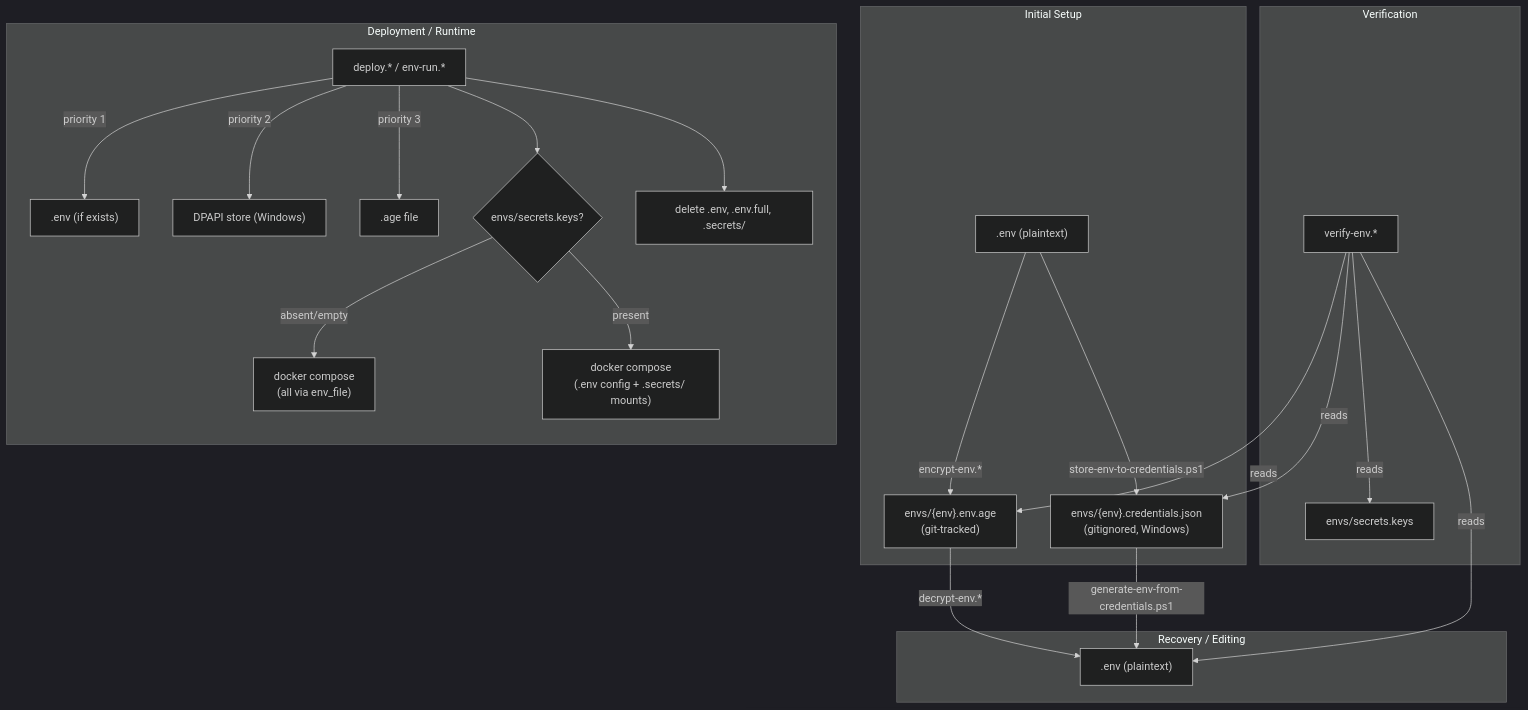
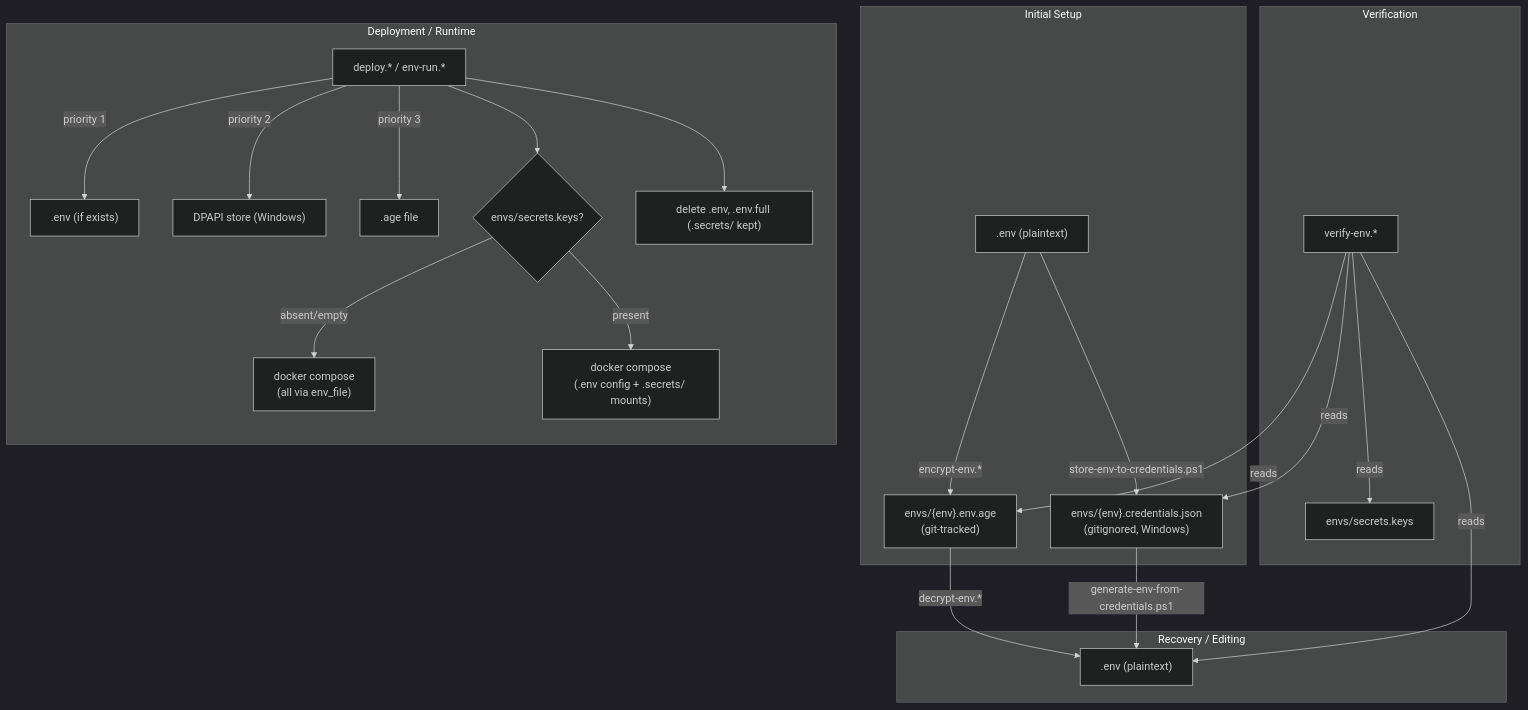
Before and after one commit to Grebec-IT/secure-env-handle: the first of 2 diagrams in docs/ai/implementation/knowledge-env-workflow-scripts.md, drawn with Mermaid (dark theme). The commit also changed other lines of this file and 15 other files, not shown here.

First line of the commit message:
Split-first secrets model: .env never contains secrets, persistent .secrets/

````diff
--- a/docs/ai/implementation/knowledge-env-workflow-scripts.md
+++ b/docs/ai/implementation/knowledge-env-workflow-scripts.md
@@ -207,33 +210,33 @@
 ```mermaid
 flowchart TB
     subgraph "Initial Setup"
         ENV[".env (plaintext)"]
         ENV -->|encrypt-env.*| AGE["envs/{env}.env.age<br/>(git-tracked)"]
         ENV -->|store-env-to-credentials.ps1| DPAPI["envs/{env}.credentials.json<br/>(gitignored, Windows)"]
     end
 
     subgraph "Recovery / Editing"
         AGE -->|decrypt-env.*| ENV2[".env (plaintext)"]
         DPAPI -->|generate-env-from-credentials.ps1| ENV2
     end
 
     subgraph "Verification"
         VERIFY["verify-env.*"]
         VERIFY -->|reads| AGE
         VERIFY -->|reads| DPAPI
         VERIFY -->|reads| ENV2
         VERIFY -->|reads| MANIFEST["envs/secrets.keys"]
     end
 
     subgraph "Deployment / Runtime"
         direction TB
         DEPLOY["deploy.* / env-run.*"]
         DEPLOY -->|"priority 1"| EXISTING[".env (if exists)"]
         DEPLOY -->|"priority 2"| DPAPI2["DPAPI store (Windows)"]
         DEPLOY -->|"priority 3"| AGE2[".age file"]
         DEPLOY --> SPLIT{"envs/secrets.keys?"}
         SPLIT -->|absent/empty| DOCKER_ENV["docker compose<br/>(all via env_file)"]
         SPLIT -->|present| DOCKER_SPLIT["docker compose<br/>(.env config + .secrets/ mounts)"]
-        DEPLOY --> CLEANUP["delete .env, .env.full, .secrets/"]
+        DEPLOY --> CLEANUP["delete .env, .env.full (.secrets/ kept)"]
     end
 ```
````
